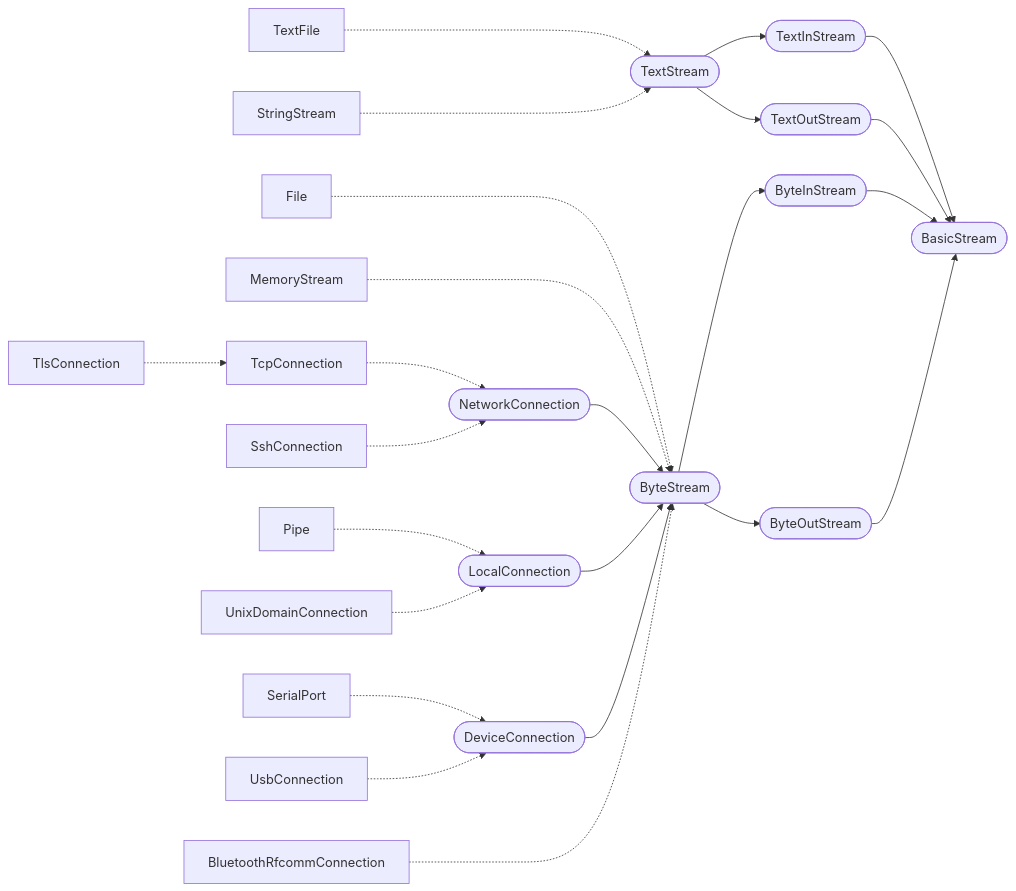
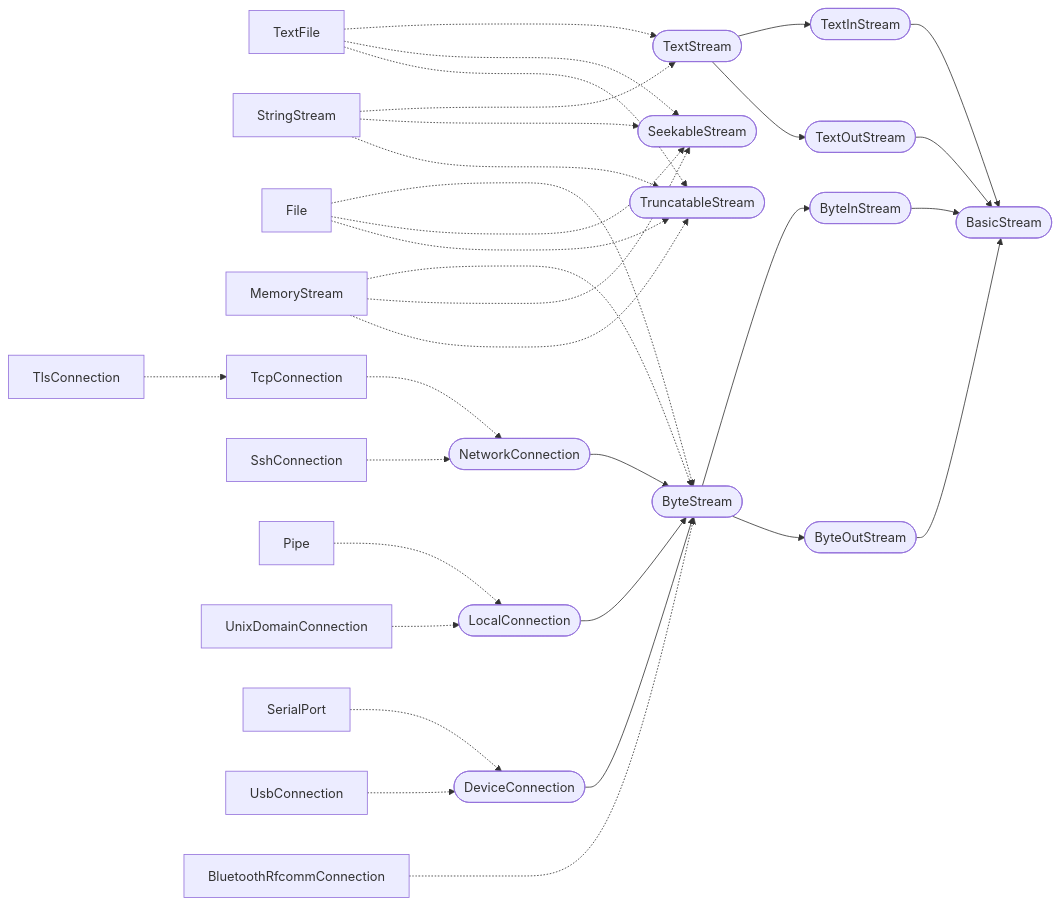
One commit to laro/Cilia changed the diagram in 2 Standard Lib/6 Stream, File & CLI.md. Above: the diagram before and after it, drawn with Mermaid.

Commit message:
Update 6 Stream, File & CLI.md

````diff
--- a/2 Standard Lib/6 Stream, File & CLI.md
+++ b/2 Standard Lib/6 Stream, File & CLI.md
@@ -280,61 +280,74 @@
 ```mermaid
 flowchart LR
     BasicStream([BasicStream])
+
+    SeekableStream([SeekableStream])
+    TruncatableStream([TruncatableStream])
 
     TextStream([TextStream])
     TextInStream([TextInStream])
     TextOutStream([TextOutStream])
 
     TextFile[TextFile]
     StringStream[StringStream]
 
     ByteStream([ByteStream])
     ByteInStream([ByteInStream])
     ByteOutStream([ByteOutStream])
     
     File[File]
     MemoryStream[MemoryStream]
     NetworkConnection([NetworkConnection])
     TcpConnection[TcpConnection]
     TlsConnection[TlsConnection]
     SshConnection[SshConnection]
     LocalConnection([LocalConnection])
     Pipe[Pipe]
     UnixDomainConnection[UnixDomainConnection]
     DeviceConnection([DeviceConnection])
     SerialPort[SerialPort]
     UsbConnection[UsbConnection]
     BluetoothRfcommConnection[BluetoothRfcommConnection]
     
     TextFile -..-> TextStream
+    TextFile -..-> SeekableStream
+    TextFile -..-> TruncatableStream
     StringStream -..-> TextStream
+    StringStream -..-> SeekableStream
+    StringStream -..-> TruncatableStream
 
     TextStream --> TextInStream
     TextStream --> TextOutStream
 
     TextInStream --> BasicStream
     TextOutStream --> BasicStream
 
     File -..-> ByteStream
+    File -..-> SeekableStream
+    File -..-> TruncatableStream
+
     MemoryStream -..-> ByteStream
+    MemoryStream -..-> SeekableStream
+    MemoryStream -..-> TruncatableStream
+
     NetworkConnection --> ByteStream
     LocalConnection --> ByteStream
     DeviceConnection --> ByteStream
     BluetoothRfcommConnection -..-> ByteStream
     
     TcpConnection -.-> NetworkConnection
     TlsConnection -.-> TcpConnection
     SshConnection -.-> NetworkConnection
     
     Pipe -.-> LocalConnection
     UnixDomainConnection -.-> LocalConnection
     
     SerialPort -.-> DeviceConnection
     UsbConnection -.-> DeviceConnection
     
     ByteStream --> ByteInStream
     ByteStream --> ByteOutStream
 
     ByteInStream --> BasicStream
     ByteOutStream --> BasicStream
 ```
````
